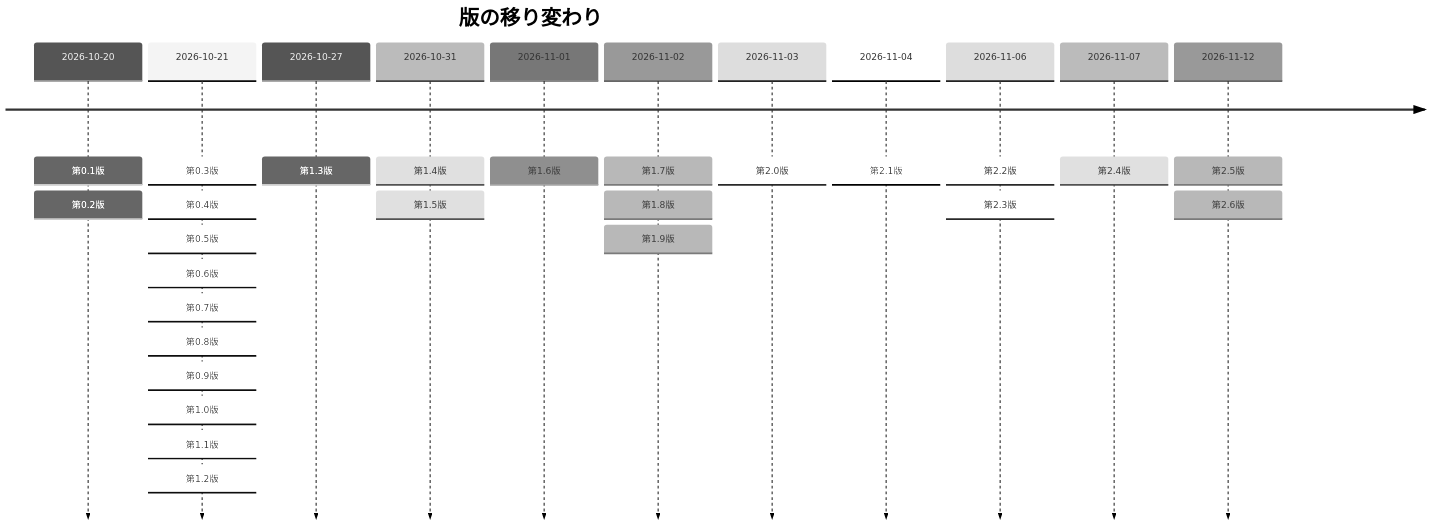
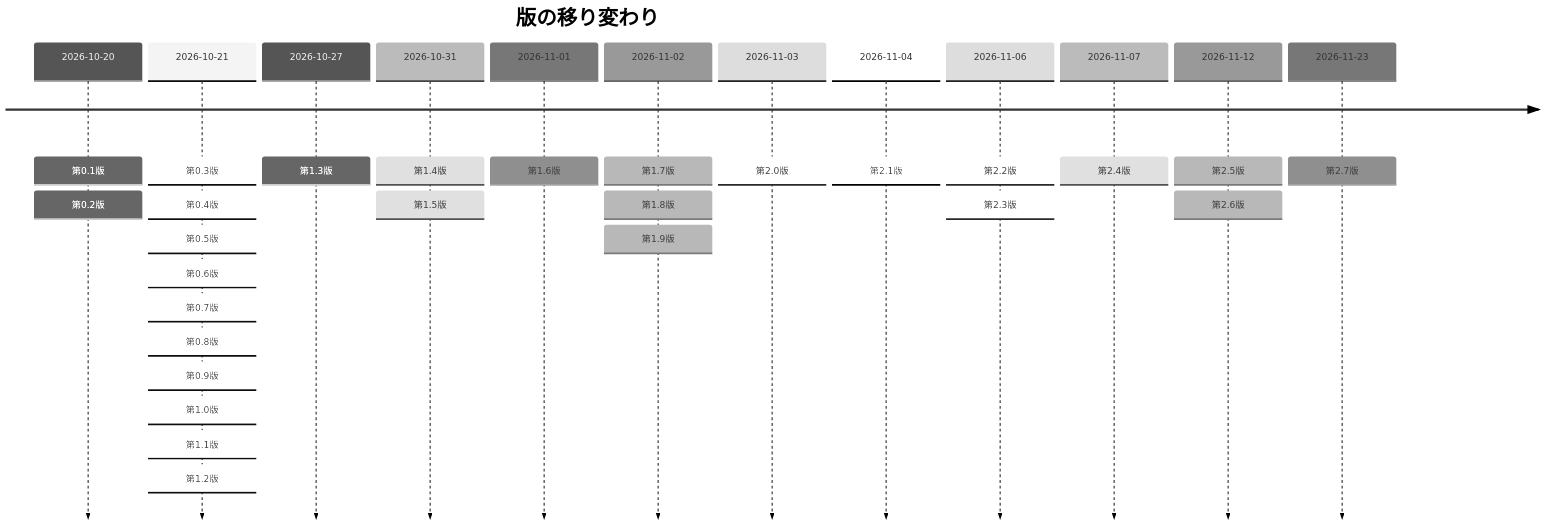
The fourth of 4 diagrams in documents/モジュールテスト仕様書_RPG学習アプリ.md (pocarialice/rpglearning), drawn with Mermaid (neutral theme) before and after one commit. The commit also changed other lines of this file and 34 other files, not shown here.

````diff
--- a/documents/モジュールテスト仕様書_RPG学習アプリ.md
+++ b/documents/モジュールテスト仕様書_RPG学習アプリ.md
@@ -1621,15 +1635,16 @@
 ```mermaid
 timeline
   title 版の移り変わり
   2026-10-20 : 第0.1版 : 第0.2版
   2026-10-21 : 第0.3版 : 第0.4版 : 第0.5版 : 第0.6版 : 第0.7版 : 第0.8版 : 第0.9版 : 第1.0版 : 第1.1版 : 第1.2版
   2026-10-27 : 第1.3版
   2026-10-31 : 第1.4版 : 第1.5版
   2026-11-01 : 第1.6版
   2026-11-02 : 第1.7版 : 第1.8版 : 第1.9版
   2026-11-03 : 第2.0版
   2026-11-04 : 第2.1版
   2026-11-06 : 第2.2版 : 第2.3版
   2026-11-07 : 第2.4版
   2026-11-12 : 第2.5版 : 第2.6版
+  2026-11-23 : 第2.7版
 ```
````
